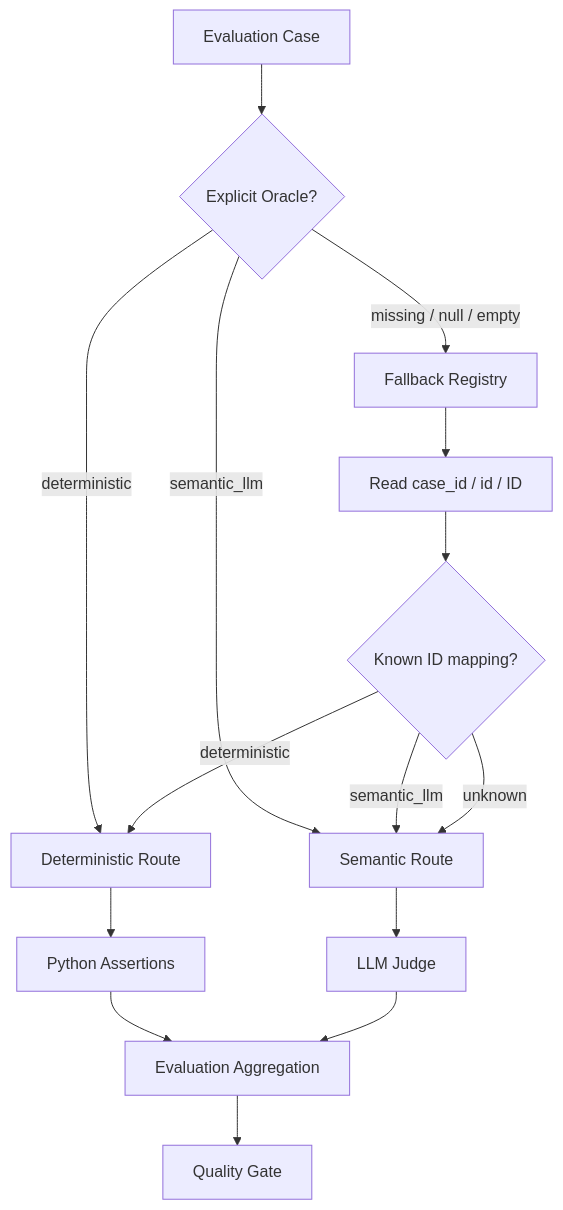
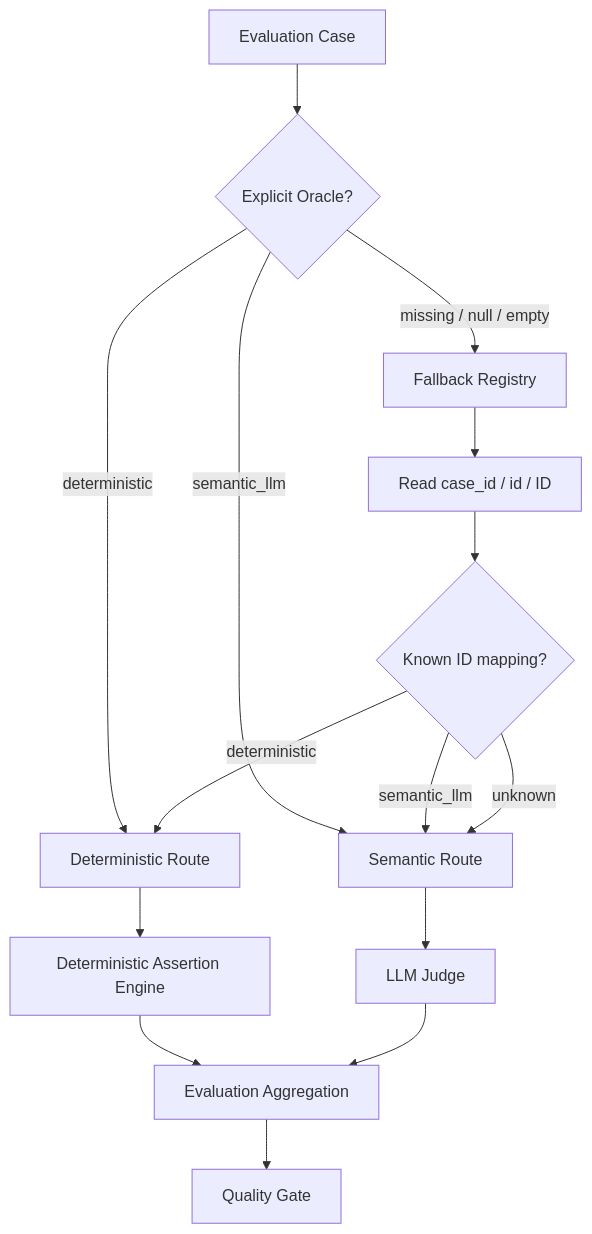
One commit to oleksandrserhieiev-beep/ai-qe-lab changed the second of 11 diagrams in docs/architecture.md. Above: the diagram before and after it, drawn with Mermaid. The commit also changed other lines of this file, not shown here.

Commit message:
Document deterministic assertion engine architecture

````diff
--- a/docs/architecture.md
+++ b/docs/architecture.md
@@ -41,17 +41,17 @@
 ```mermaid
 flowchart TD
     C[Evaluation Case] --> O{Explicit Oracle?}
     O -->|deterministic| D[Deterministic Route]
     O -->|semantic_llm| S[Semantic Route]
     O -->|missing / null / empty| F[Fallback Registry]
     F --> ID[Read case_id / id / ID]
     ID --> M{Known ID mapping?}
     M -->|deterministic| D
     M -->|semantic_llm| S
     M -->|unknown| S
-    D --> PY[Python Assertions]
+    D --> ENG[Deterministic Assertion Engine]
     S --> LLM[LLM Judge]
-    PY --> AG[Evaluation Aggregation]
+    ENG --> AG[Evaluation Aggregation]
     LLM --> AG
     AG --> G[Quality Gate]
 ```
````
